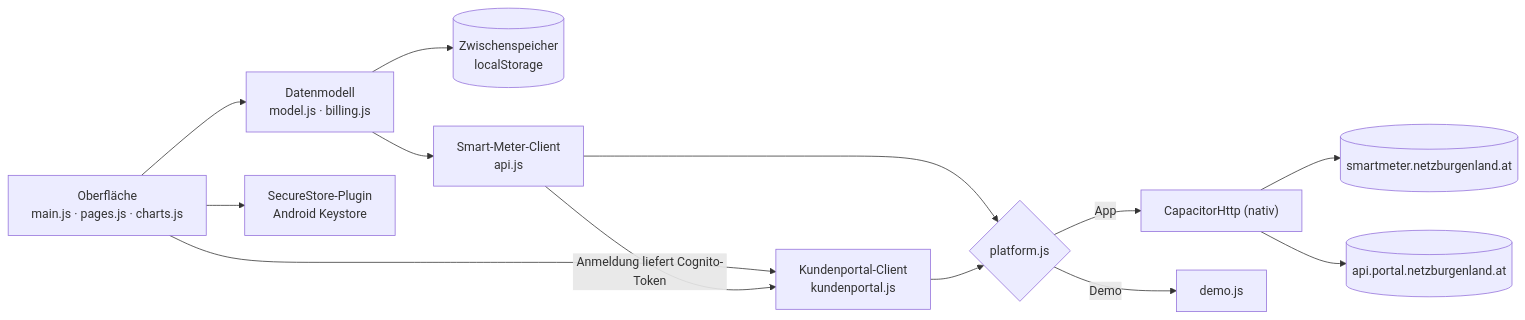
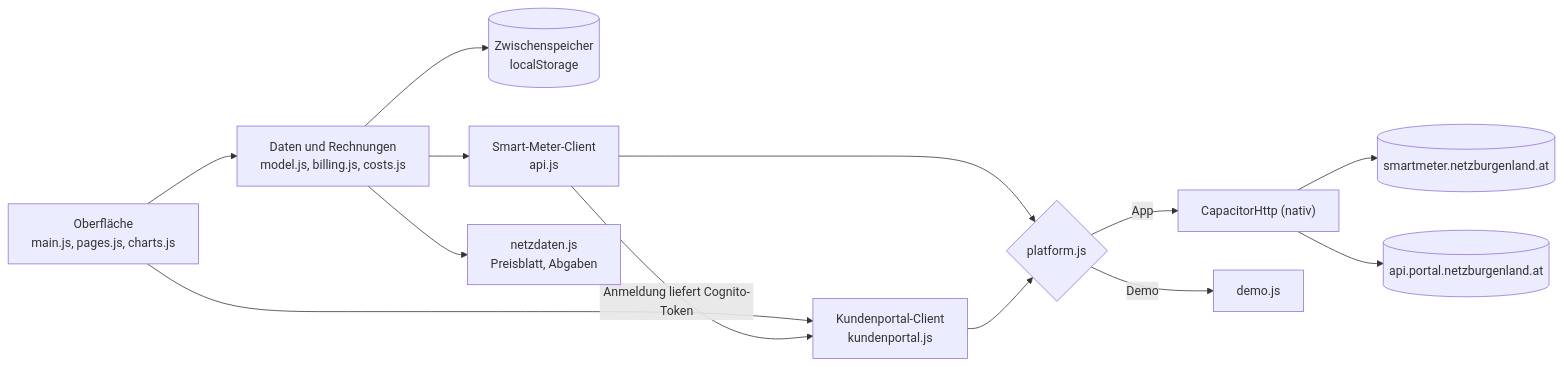
One commit to xionix3/netzblick changed the diagram in README.md. Above: the diagram before and after it, drawn with Mermaid. The commit also changed other lines of this file and 22 other files, not shown here.

````diff
--- a/README.md
+++ b/README.md
@@ -197,15 +227,15 @@
 ```mermaid
 flowchart LR
-  UI["Oberfläche<br/>main.js · pages.js · charts.js"] --> M["Datenmodell<br/>model.js · billing.js"]
+  UI["Oberfläche<br/>main.js, pages.js, charts.js"] --> M["Daten und Rechnungen<br/>model.js, billing.js, costs.js"]
   M --> C[("Zwischenspeicher<br/>localStorage")]
   M --> A["Smart-Meter-Client<br/>api.js"]
   UI --> K["Kundenportal-Client<br/>kundenportal.js"]
   A -- "Anmeldung liefert Cognito-Token" --> K
   A --> H{"platform.js"}
   K --> H
   H -- "App" --> N["CapacitorHttp (nativ)"]
   N --> P[("smartmeter.netzburgenland.at")]
   N --> Q[("api.portal.netzburgenland.at")]
   H -- "Demo" --> D["demo.js"]
-  UI --> S["SecureStore-Plugin<br/>Android Keystore"]
+  M --> R["netzdaten.js<br/>Preisblatt, Abgaben"]
 ```
````
